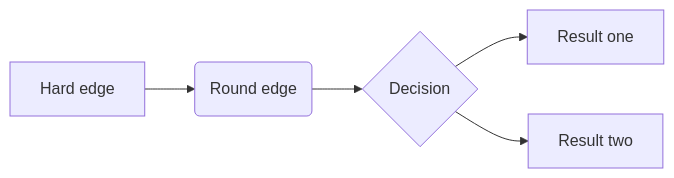
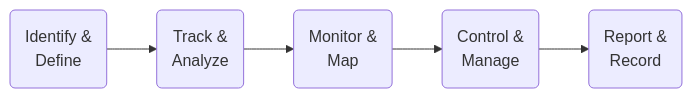
The diagram in s2_slr.qmd (jan-ru/phd_kul), drawn with Mermaid before and after one commit. The commit also changed other lines of this file and 1 other file, not shown here.

````diff
--- a/s2_slr.qmd
+++ b/s2_slr.qmd
@@ -40,7 +43,17 @@
 ```{mermaid}
 flowchart LR
-  A[Hard edge] --> B(Round edge)
-  B --> C{Decision}
-  C --> D[Result one]
-  C --> E[Result two]
+  A("Identify &
+  Define")
+  B("Track & 
+  Analyze")
+  C("Monitor & 
+  Map")
+  D("Control & 
+  Manage")
+  E("Report & 
+  Record")
+  A --> B
+  B --> C
+  C --> D
+  D --> E
 ```
````
